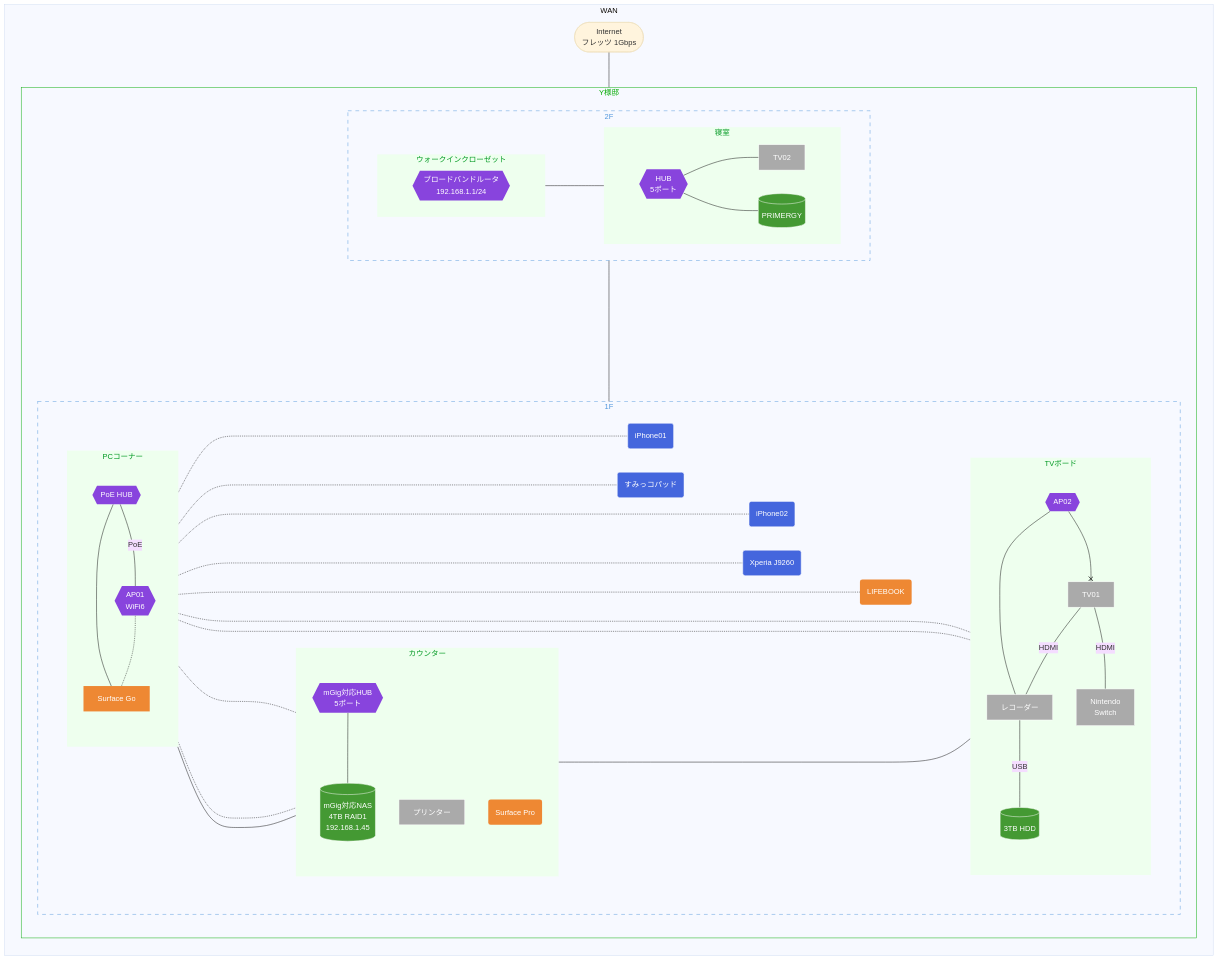
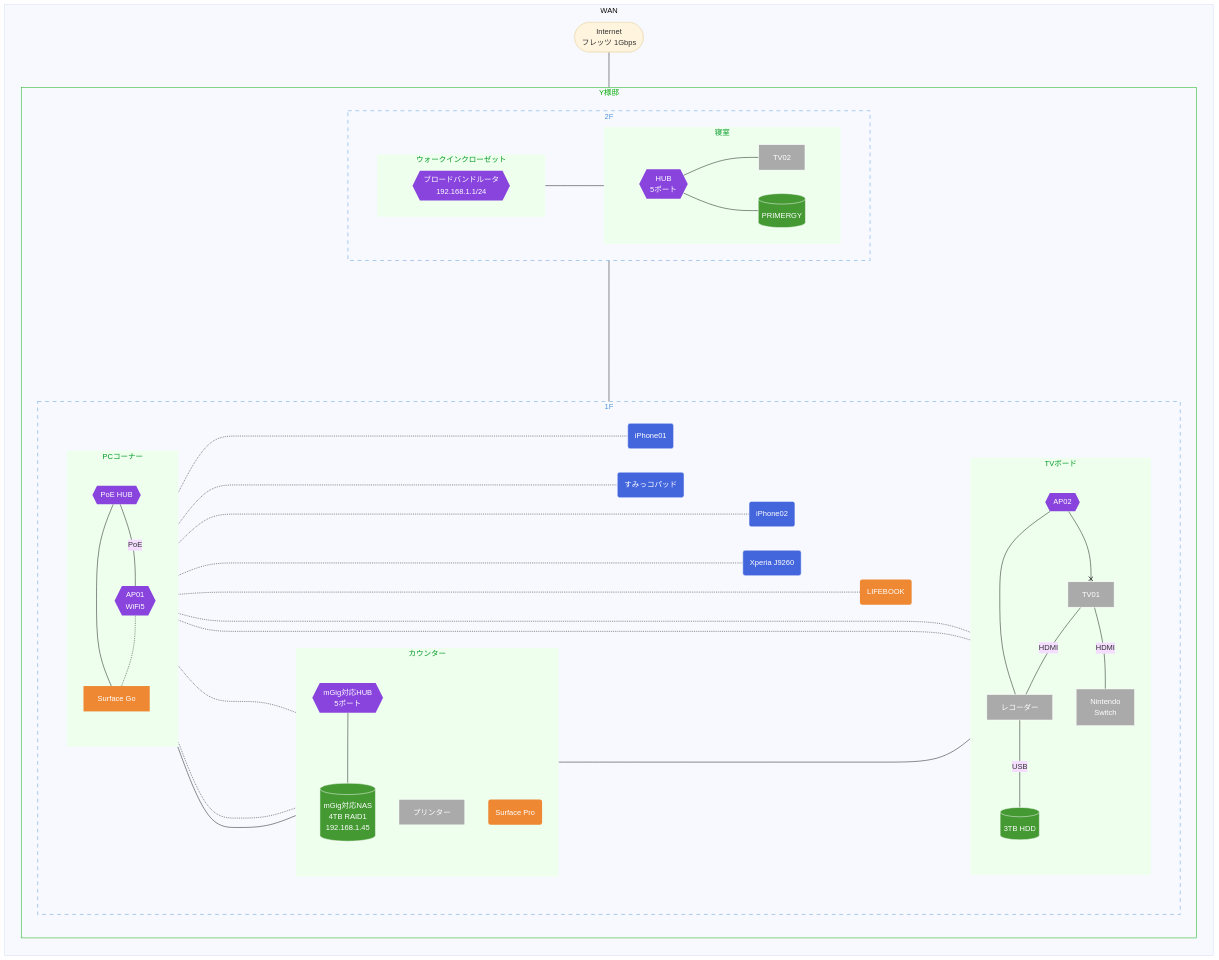
Before and after one commit to hkr84dev/qkw_dgn_mtr: the diagram in Services/SH/2024/Y様邸/topology.md, drawn with Mermaid (base theme). The commit also changed other lines of this file, not shown here.

```diff
--- a/Services/SH/2024/Y様邸/topology.md
+++ b/Services/SH/2024/Y様邸/topology.md
@@ -70,7 +70,7 @@
     subgraph PCコーナー
      direction TB
      111_1F_HUB --- 121_1F_PoEHUB{{PoE HUB}}
-     121_1F_PoEHUB --PoE--- 122_1F_AP01{{AP01\nWiFi6}}
+     121_1F_PoEHUB --PoE--- 122_1F_AP01{{AP01\nWiFi5}}
      121_1F_PoEHUB --- 123_1F_PC02[Surface Go]
      class 121_1F_PoEHUB NW
      class 122_1F_AP01 NW
```
